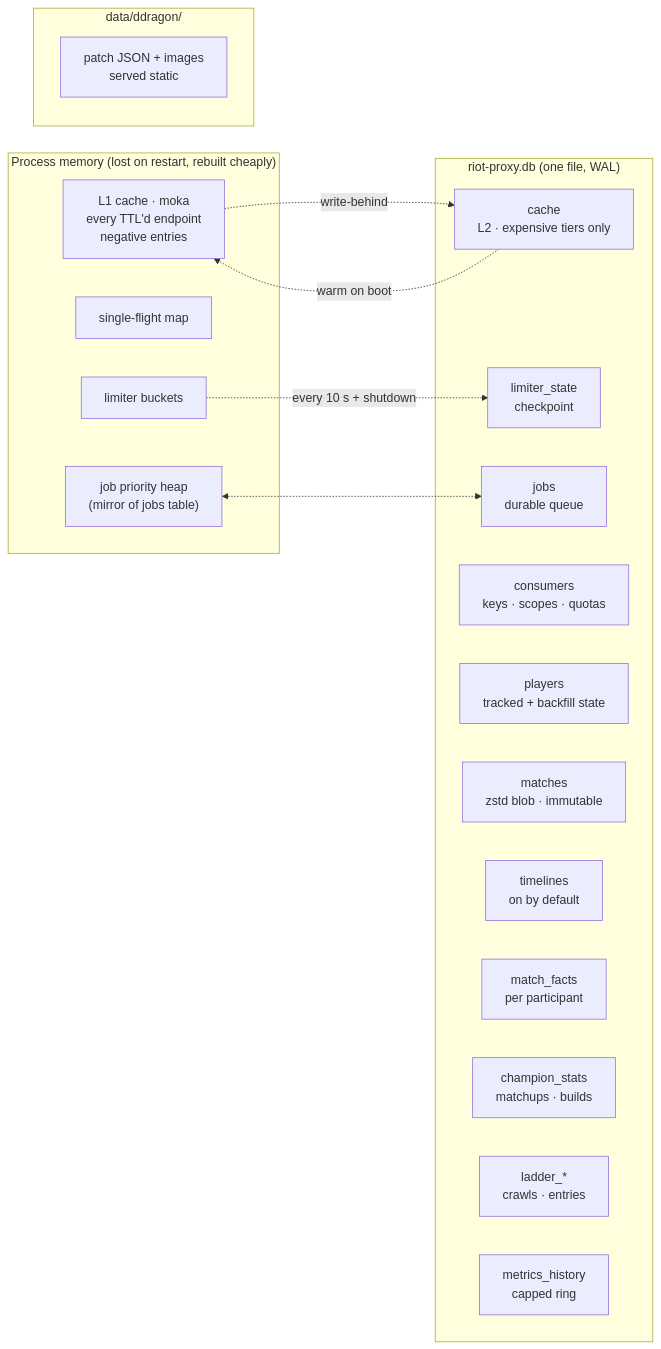
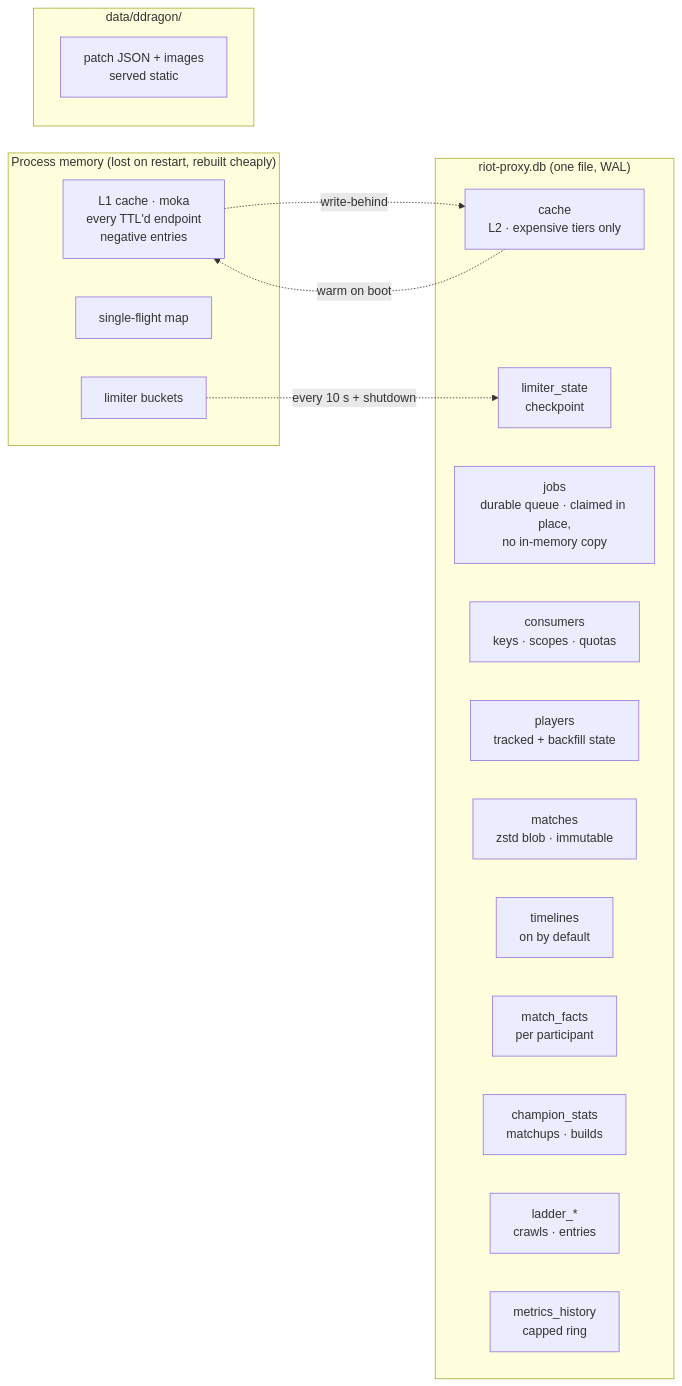
Before and after one commit to NinjaGoldfinch/riot-proxy: the diagram in docs/design/04-data-and-cache.md, drawn with Mermaid. The commit also changed 8 other files, not shown here.

````diff
--- a/docs/design/04-data-and-cache.md
+++ b/docs/design/04-data-and-cache.md
@@ -5,32 +5,30 @@
 ```mermaid
 flowchart LR
     subgraph mem["Process memory (lost on restart, rebuilt cheaply)"]
         l1["L1 cache · moka<br/>every TTL'd endpoint<br/>negative entries"]
         sfm["single-flight map"]
-        heap["job priority heap<br/>(mirror of jobs table)"]
         buckets["limiter buckets"]
     end
 
     subgraph sqlite["riot-proxy.db (one file, WAL)"]
         cache_t["cache<br/>L2 · expensive tiers only"]
         limiter_t["limiter_state<br/>checkpoint"]
-        jobs_t["jobs<br/>durable queue"]
+        jobs_t["jobs<br/>durable queue · claimed in place,<br/>no in-memory copy"]
         consumers["consumers<br/>keys · scopes · quotas"]
         players["players<br/>tracked + backfill state"]
         matches["matches<br/>zstd blob · immutable"]
         timelines["timelines<br/>on by default"]
         facts["match_facts<br/>per participant"]
         analytics["champion_stats<br/>matchups · builds"]
         ladder["ladder_* <br/>crawls · entries"]
         history["metrics_history<br/>capped ring"]
     end
 
     subgraph disk["data/ddragon/"]
         dd["patch JSON + images<br/>served static"]
     end
 
     l1 -.->|write-behind| cache_t
     cache_t -.->|warm on boot| l1
     buckets -.->|every 10 s + shutdown| limiter_t
-    heap <-.-> jobs_t
 ```
````
